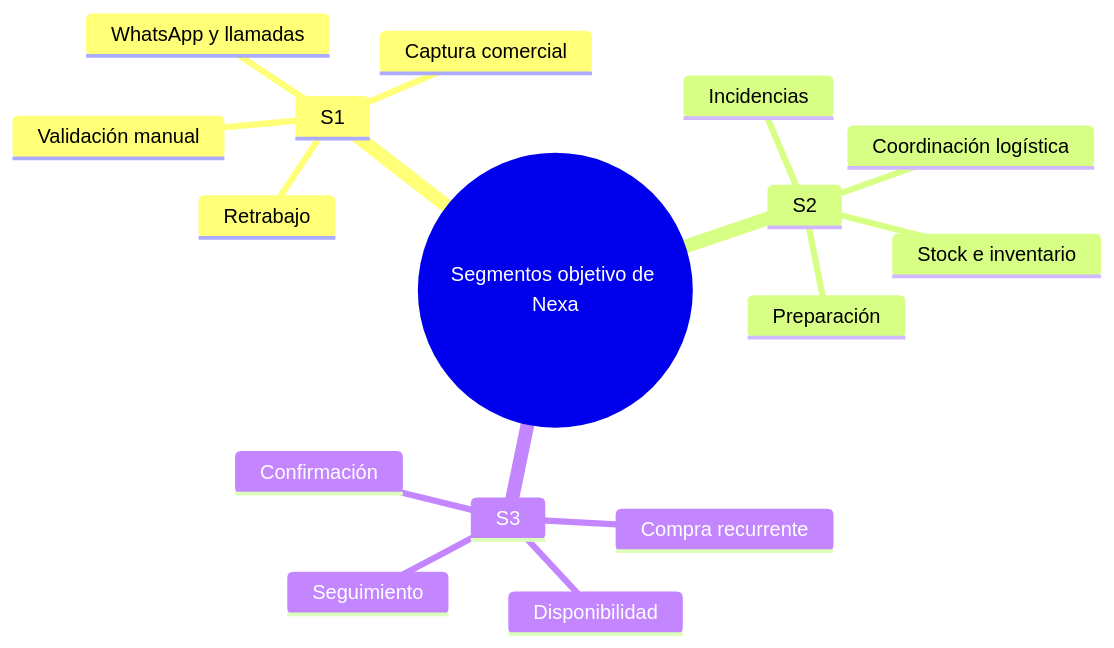
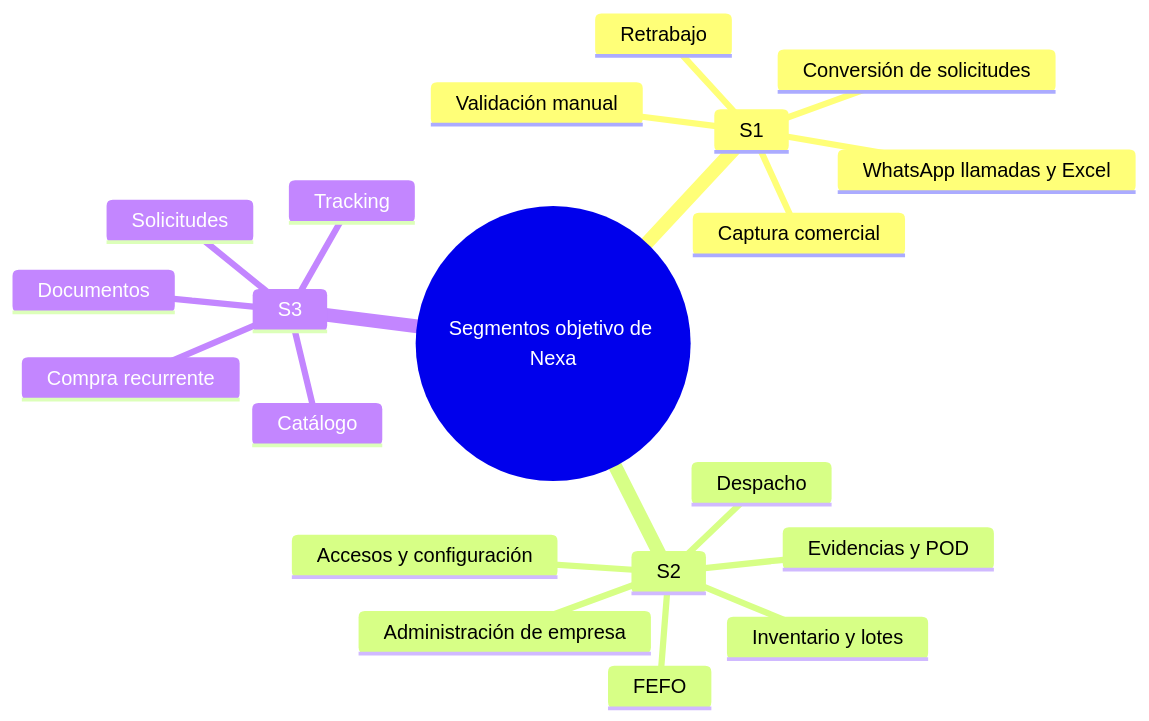
Before and after one commit to R0obxdnt-bit/nexa-report-main-copy: the third of 4 diagrams in report/10-chapter-1-introduction/1-3-target-segments.md, drawn with Mermaid. The commit also changed other lines of this file, not shown here.

````diff
--- a/report/10-chapter-1-introduction/1-3-target-segments.md
+++ b/report/10-chapter-1-introduction/1-3-target-segments.md
@@ -49,19 +105,23 @@
 ```mermaid
 mindmap
   root((Segmentos objetivo de Nexa))
     S1
       Captura comercial
-      WhatsApp y llamadas
+      WhatsApp llamadas y Excel
       Validación manual
+      Conversión de solicitudes
       Retrabajo
     S2
-      Coordinación logística
-      Stock e inventario
-      Preparación
-      Incidencias
+      Inventario y lotes
+      FEFO
+      Despacho
+      Evidencias y POD
+      Administración de empresa
+      Accesos y configuración
     S3
       Compra recurrente
-      Disponibilidad
-      Confirmación
-      Seguimiento
+      Catálogo
+      Solicitudes
+      Tracking
+      Documentos
 ```
````
